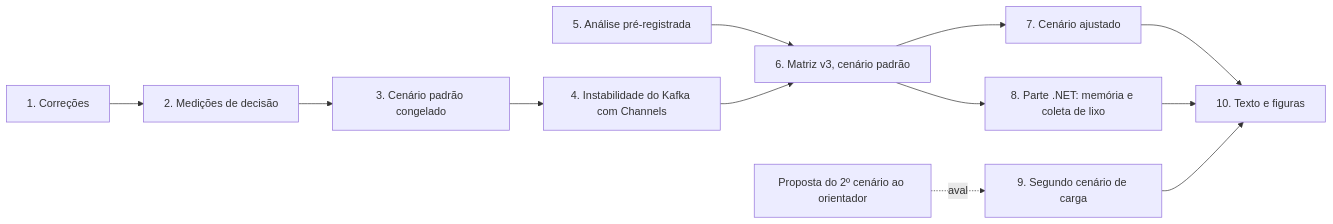
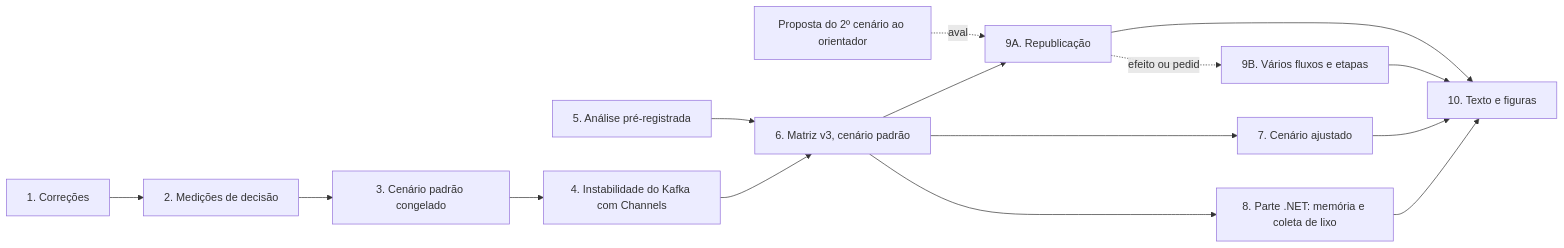
One commit to ramosnvy/pitwall changed the diagram in docs/DESENVOLVIMENTO.md. Above: the diagram before and after it, drawn with Mermaid. The commit also changed other lines of this file and 5 other files, not shown here.

First line of the commit message:
Segundo cenario: varios fluxos, etapas e republicacao com at-least-once de ponta a ponta

````diff
--- a/docs/DESENVOLVIMENTO.md
+++ b/docs/DESENVOLVIMENTO.md
@@ -7,14 +7,17 @@
 ```mermaid
 flowchart LR
     F1[1. Correções] --> F2[2. Medições de decisão]
     F2 --> F3[3. Cenário padrão congelado]
     F3 --> F4[4. Instabilidade do Kafka com Channels]
     F5[5. Análise pré-registrada] --> F6
     F4 --> F6[6. Matriz v3, cenário padrão]
     F6 --> F7[7. Cenário ajustado]
     F6 --> F8[8. Parte .NET: memória e coleta de lixo]
-    P[Proposta do 2º cenário ao orientador] -.aval.-> F9[9. Segundo cenário de carga]
+    P[Proposta do 2º cenário ao orientador] -.aval.-> F9A[9A. Republicação]
+    F6 --> F9A
+    F9A -.efeito ou pedido.-> F9B[9B. Vários fluxos e etapas]
+    F9A --> F10
+    F9B --> F10
     F7 --> F10[10. Texto e figuras]
     F8 --> F10
-    F9 --> F10
 ```
````
